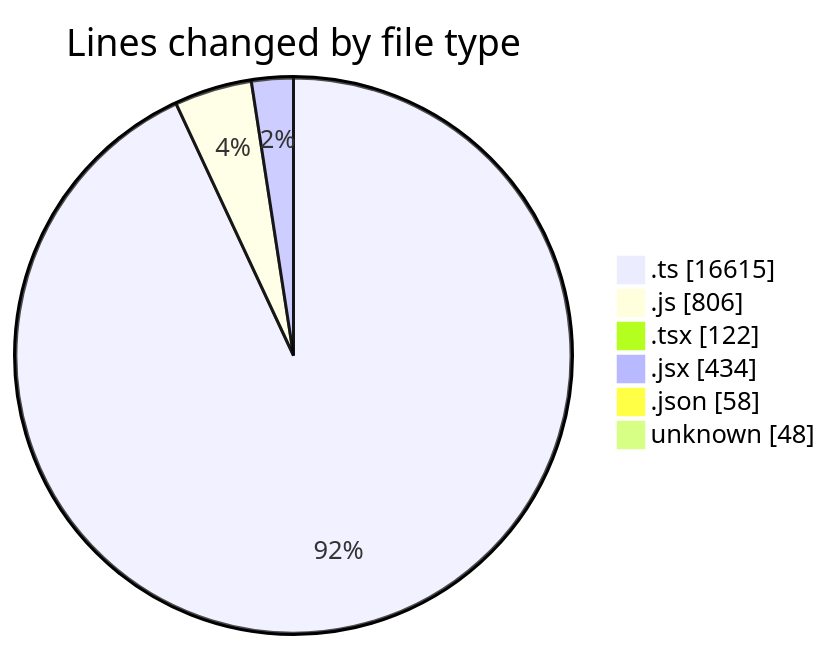
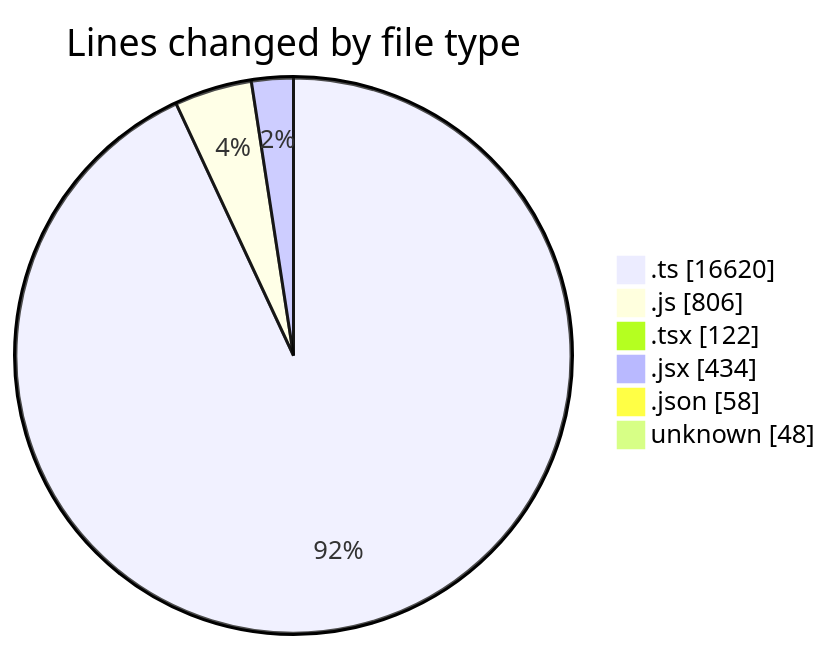
Before and after one commit to momahboobian/code-tracking: the first of 2 diagrams in 2025-11-12/cda/README.md, drawn with Mermaid. The commit also changed other lines of this file and 1 other file, not shown here.

````diff
--- a/2025-11-12/cda/README.md
+++ b/2025-11-12/cda/README.md
@@ -35,10 +35,10 @@
 ```mermaid
 pie showData
 title Lines changed by file type
-".ts" : 16615
+".ts" : 16620
 ".js" : 806
 ".tsx" : 122
 ".jsx" : 434
 ".json" : 58
 "unknown" : 48
 ```
````
